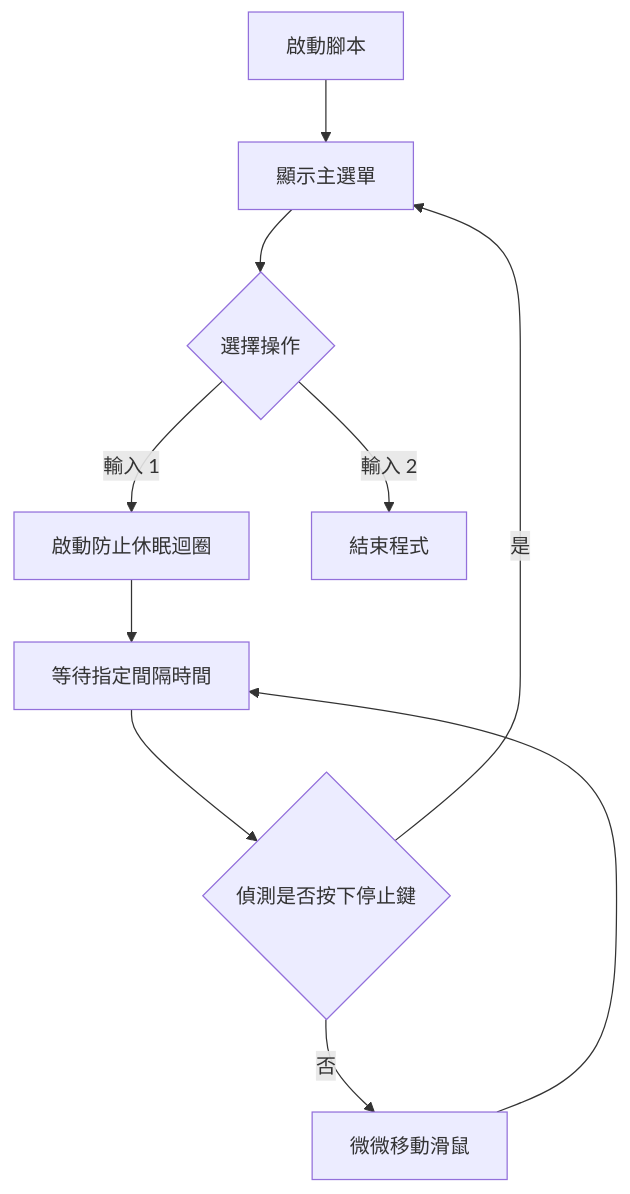
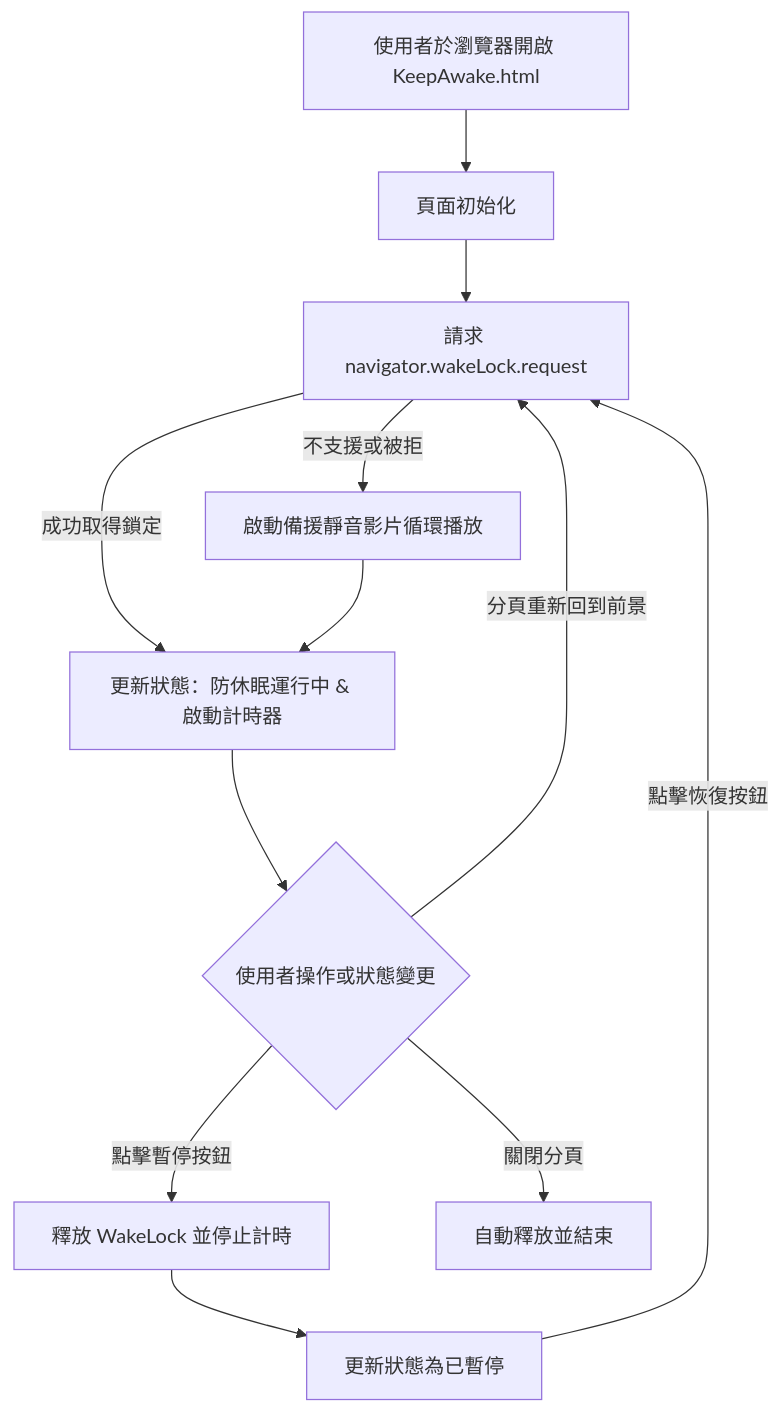
The second of 4 diagrams in spec.md (Evan20230427/AntiScreenSaver), drawn with Mermaid before and after one commit. The commit also changed other lines of this file and 4 other files, not shown here.

Commit message:
feat: 新增免安裝純網頁喚醒方案 KeepAwake.html 並更新規格與說明文件

````diff
--- a/spec.md
+++ b/spec.md
@@ -18,12 +32,14 @@
 ```mermaid
 graph TD
-    A[啟動腳本] --> B[顯示主選單]
-    B --> C{選擇操作}
-    C -->|輸入 1| D[啟動防止休眠迴圈]
-    D --> E[等待指定間隔時間]
-    E --> F{偵測是否按下停止鍵}
-    F -->|否| G[微微移動滑鼠]
-    G --> E
-    F -->|是| B
-    C -->|輸入 2| H[結束程式]
+    A[使用者於瀏覽器開啟 KeepAwake.html] --> B[頁面初始化]
+    B --> C[請求 navigator.wakeLock.request]
+    C -->|成功取得鎖定| D[更新狀態：防休眠運行中 & 啟動計時器]
+    C -->|不支援或被拒| E[啟動備援靜音影片循環播放]
+    E --> D
+    D --> F{使用者操作或狀態變更}
+    F -->|點擊暫停按鈕| G[釋放 WakeLock 並停止計時]
+    G --> H[更新狀態為已暫停]
+    H -->|點擊恢復按鈕| C
+    F -->|分頁重新回到前景| C
+    F -->|關閉分頁| I[自動釋放並結束]
 ```
````
